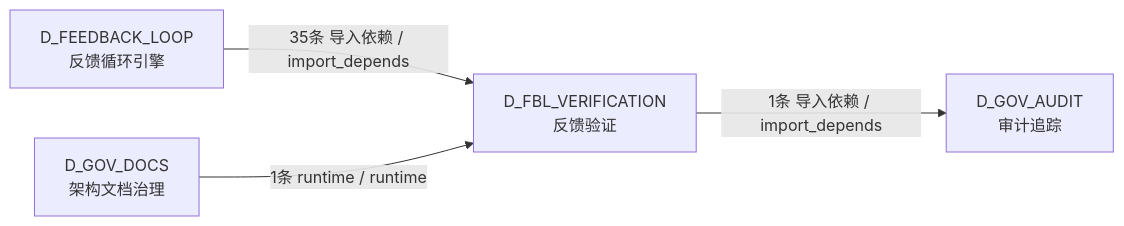
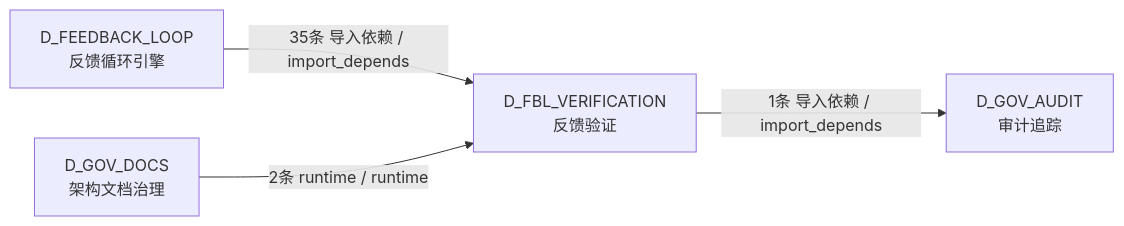
Before and after one commit to xuanFelixVan/ZephyrAlpha: the sixth of 6 diagrams in docs/02_enterprise_architecture/02_domain_architecture_docs/13_d_fbl_verification.md, drawn with Mermaid. The commit also changed other lines of this file and 98 other files, not shown here.

````diff
--- a/docs/02_enterprise_architecture/02_domain_architecture_docs/13_d_fbl_verification.md
+++ b/docs/02_enterprise_architecture/02_domain_architecture_docs/13_d_fbl_verification.md
@@ -493,10 +499,10 @@
 ```mermaid
 graph LR
     D_FBL_VERIFICATION["D_FBL_VERIFICATION<br/>反馈验证"]
     D_GOV_AUDIT["D_GOV_AUDIT<br/>审计追踪"]
     D_FEEDBACK_LOOP["D_FEEDBACK_LOOP<br/>反馈循环引擎"]
     D_GOV_DOCS["D_GOV_DOCS<br/>架构文档治理"]
     D_FBL_VERIFICATION -->|1条 导入依赖 / import_depends| D_GOV_AUDIT
     D_FEEDBACK_LOOP -->|35条 导入依赖 / import_depends| D_FBL_VERIFICATION
-    D_GOV_DOCS -->|1条 runtime / runtime| D_FBL_VERIFICATION
+    D_GOV_DOCS -->|2条 runtime / runtime| D_FBL_VERIFICATION
 ```
````
